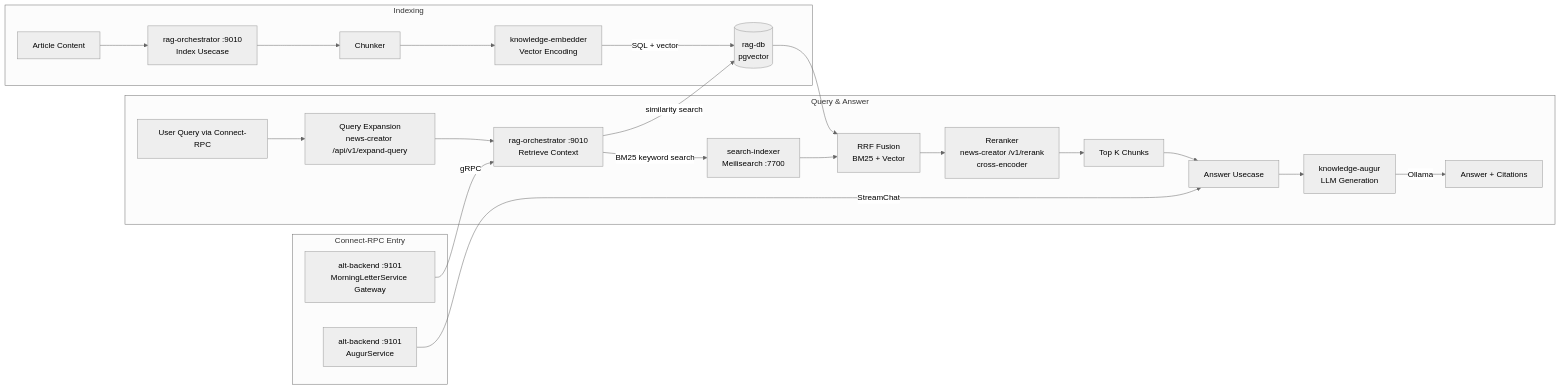
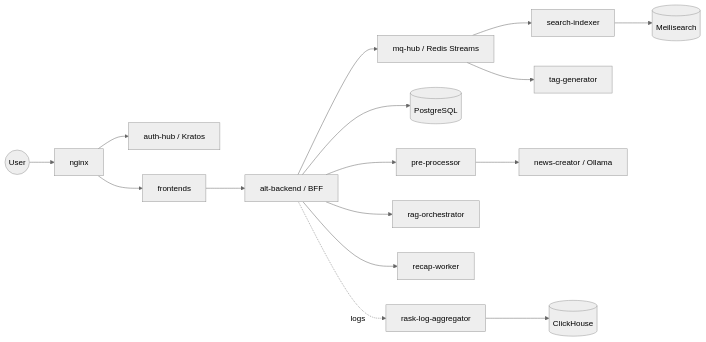
The diagram in README.md (Kaikei-e/Alt), drawn with Mermaid (neutral theme) before and after one commit. The commit also changed other lines of this file, not shown here.

````diff
--- a/README.md
+++ b/README.md
@@ -592,26 +68,18 @@
 ```mermaid
 flowchart LR
-    subgraph Indexing
-        Article[Article Content] --> IndexUC[rag-orchestrator :9010<br/>Index Usecase]
-        IndexUC --> Chunk[Chunker]
-        Chunk --> Embed[knowledge-embedder<br/>Vector Encoding]
-        Embed -->|SQL + vector| RagDB[(rag-db<br/>pgvector)]
-    end
-    subgraph "Query & Answer"
-        Query[User Query via Connect-RPC] --> Expand[Query Expansion<br/>news-creator /api/v1/expand-query]
-        Expand --> Retrieve[rag-orchestrator :9010<br/>Retrieve Context]
-        Retrieve -->|similarity search| RagDB
-        Retrieve -->|BM25 keyword search| SearchIdx[search-indexer<br/>Meilisearch :7700]
-        RagDB --> RRF[RRF Fusion<br/>BM25 + Vector]
-        SearchIdx --> RRF
-        RRF --> Rerank[Reranker<br/>news-creator /v1/rerank<br/>cross-encoder]
-        Rerank --> Context[Top K Chunks]
-        Context --> Answer[Answer Usecase]
-        Answer --> Augur[knowledge-augur<br/>LLM Generation]
-        Augur -->|Ollama| Response[Answer + Citations]
-    end
-    subgraph "Connect-RPC Entry"
-        AltBackend[alt-backend :9101<br/>MorningLetterService Gateway] -->|gRPC| Retrieve
-        AltBackend2[alt-backend :9101<br/>AugurService] -->|StreamChat| Answer
-    end
+    User((User)) --> Nginx[nginx]
+    Nginx --> Auth[auth-hub / Kratos]
+    Nginx --> FE[frontends]
+    FE --> API[alt-backend / BFF]
+    API --> MQ[mq-hub / Redis Streams]
+    API --> DB[(PostgreSQL)]
+    MQ --> IDX[search-indexer]
+    MQ --> TAG[tag-generator]
+    API --> PRE[pre-processor]
+    PRE --> NC[news-creator / Ollama]
+    API --> RAG[rag-orchestrator]
+    API --> RECAP[recap-worker]
+    API -. logs .-> RASK[rask-log-aggregator]
+    IDX --> MEILI[(Meilisearch)]
+    RASK --> CH[(ClickHouse)]
 ```
````
